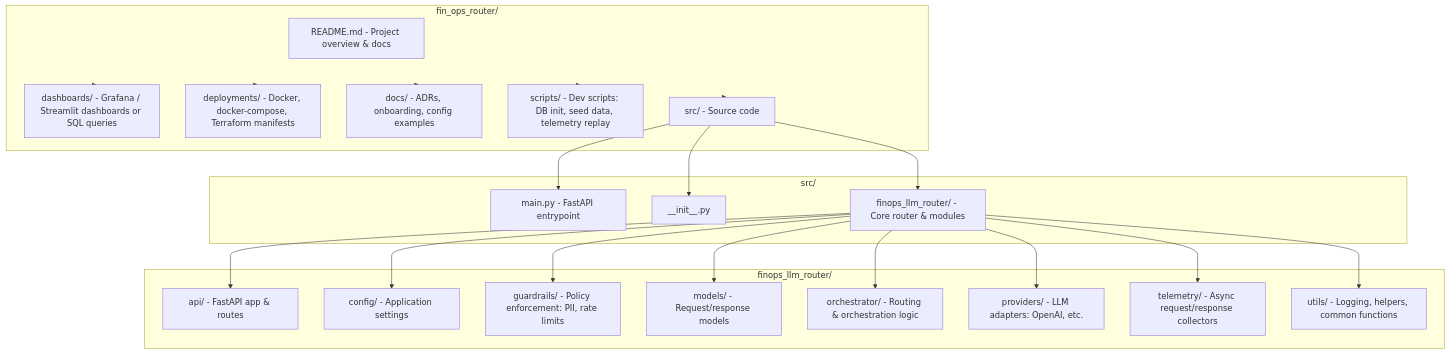
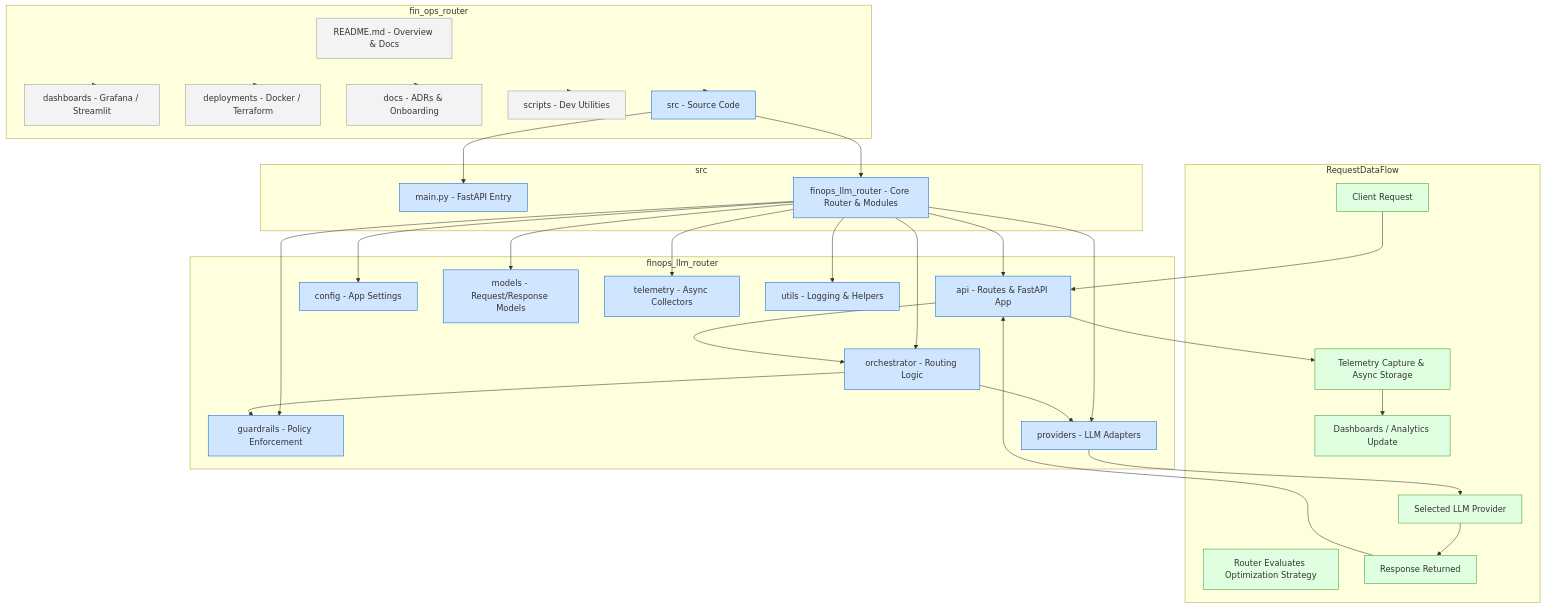
The first of 3 diagrams in architecture-lab/poc-labs/fin_ops_router/README.md (susurro0/deniz_cingoez_portfolio.github.io), drawn with Mermaid before and after one commit. The commit also changed other lines of this file, not shown here.

Commit message:
adding a data flow layer to show how a request moves through structure

````diff
--- a/architecture-lab/poc-labs/fin_ops_router/README.md
+++ b/architecture-lab/poc-labs/fin_ops_router/README.md
@@ -32,48 +32,75 @@
 ```mermaid
 flowchart TD
-    subgraph Root["fin_ops_router/"]
-        README[README.md - Project overview & docs]
-        Dash[dashboards/ - Grafana / Streamlit dashboards or SQL queries]
-        Deploy[deployments/ - Docker, docker-compose, Terraform manifests]
-        Docs[docs/ - ADRs, onboarding, config examples]
-        Scripts[scripts/ - Dev scripts: DB init, seed data, telemetry replay]
-        Src[src/ - Source code]
+    classDef core fill:#D0E6FF,stroke:#0366D6,stroke-width:1px
+    classDef support fill:#F3F3F3,stroke:#999,stroke-width:1px
+    classDef flow fill:#DFFFE0,stroke:#33A02C,stroke-width:1px
+
+    %% Root & Support Folders
+    subgraph Root["fin_ops_router"]
+        README[README.md - Overview & Docs]:::support
+        Dash[dashboards - Grafana / Streamlit]:::support
+        Deploy[deployments - Docker / Terraform]:::support
+        Docs[docs - ADRs & Onboarding]:::support
+        Scripts[scripts - Dev Utilities]:::support
+        Src[src - Source Code]:::core
     end
 
-    subgraph SrcFolder["src/"]
-        Main[main.py - FastAPI entrypoint]
-        Init[__init__.py]
-        App[finops_llm_router/ - Core router & modules]
+    %% Source Code
+    subgraph SrcFolder["src"]
+        Main[main.py - FastAPI Entry]:::core
+        App[finops_llm_router - Core Router & Modules]:::core
     end
 
-    subgraph AppFolder["finops_llm_router/"]
-        API[api/ - FastAPI app & routes]
-        Config[config/ - Application settings]
-        Guard[guardrails/ - Policy enforcement: PII, rate limits]
-        Models[models/ - Request/response models]
-        Orchestrator[orchestrator/ - Routing & orchestration logic]
-        Providers[providers/ - LLM adapters: OpenAI, etc.]
-        Telemetry[telemetry/ - Async request/response collectors]
-        Utils[utils/ - Logging, helpers, common functions]
+    %% Core Modules
+    subgraph AppFolder["finops_llm_router"]
+        API[api - Routes & FastAPI App]:::core
+        Config[config - App Settings]:::core
+        Guard[guardrails - Policy Enforcement]:::core
+        Models[models - Request/Response Models]:::core
+        Orchestrator[orchestrator - Routing Logic]:::core
+        Providers[providers - LLM Adapters]:::core
+        Telemetry[telemetry - Async Collectors]:::core
+        Utils[utils - Logging & Helpers]:::core
     end
 
+    %% Data Flow Layer
+    subgraph Flow["RequestDataFlow"]
+        Req[Client Request]:::flow
+        Route[Router Evaluates Optimization Strategy]:::flow
+        LLM[Selected LLM Provider]:::flow
+        Resp[Response Returned]:::flow
+        Capture[Telemetry Capture & Async Storage]:::flow
+        DashUpdate[Dashboards / Analytics Update]:::flow
+    end
+
+    %% Connections - Folder Structure
     Root --> Dash
     Root --> Deploy
     Root --> Docs
     Root --> Scripts
     Root --> Src
 
     Src --> Main
-    Src --> Init
     Src --> App
 
     App --> API
     App --> Config
     App --> Guard
     App --> Models
     App --> Orchestrator
     App --> Providers
     App --> Telemetry
     App --> Utils
 
+    %% Connections - Request Flow
+    Req --> API
+    API --> Orchestrator
+    Orchestrator --> Guard
+    Orchestrator --> Providers
+    Providers --> LLM
+    LLM --> Resp
+    Resp --> API
+    API --> Capture
+    Capture --> DashUpdate
+
 ```
````
